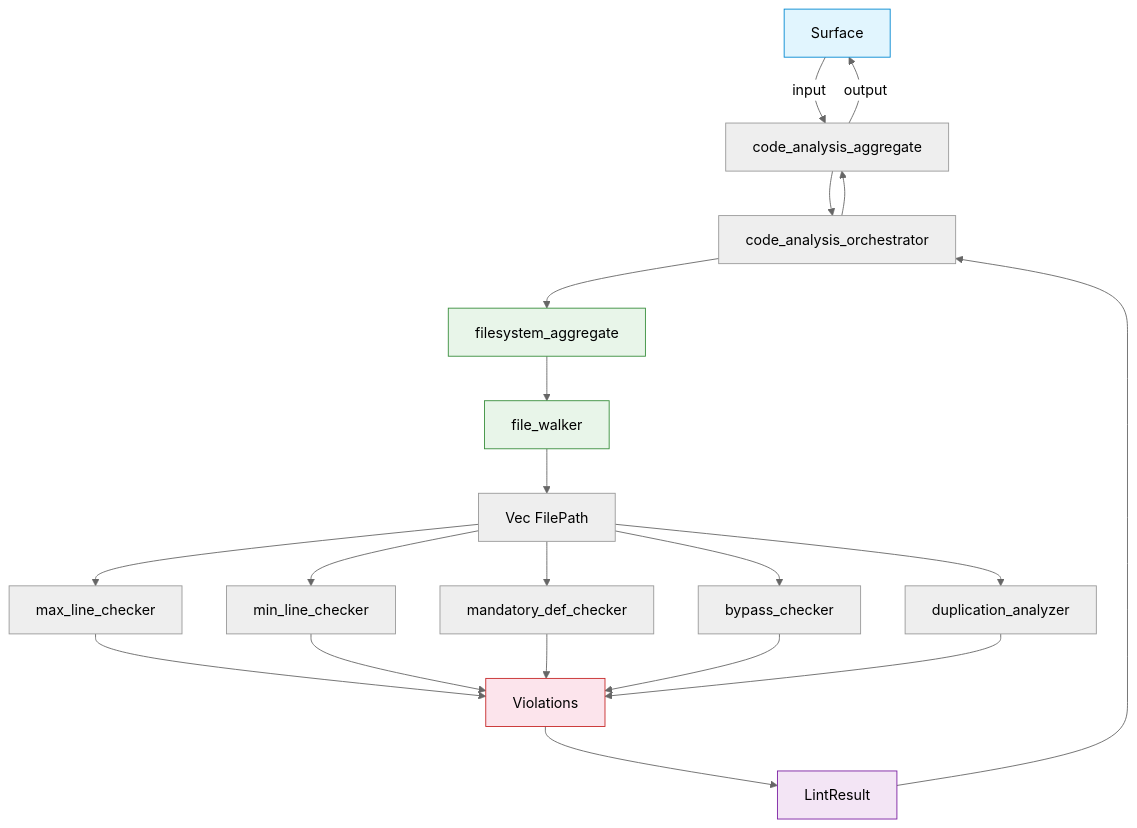
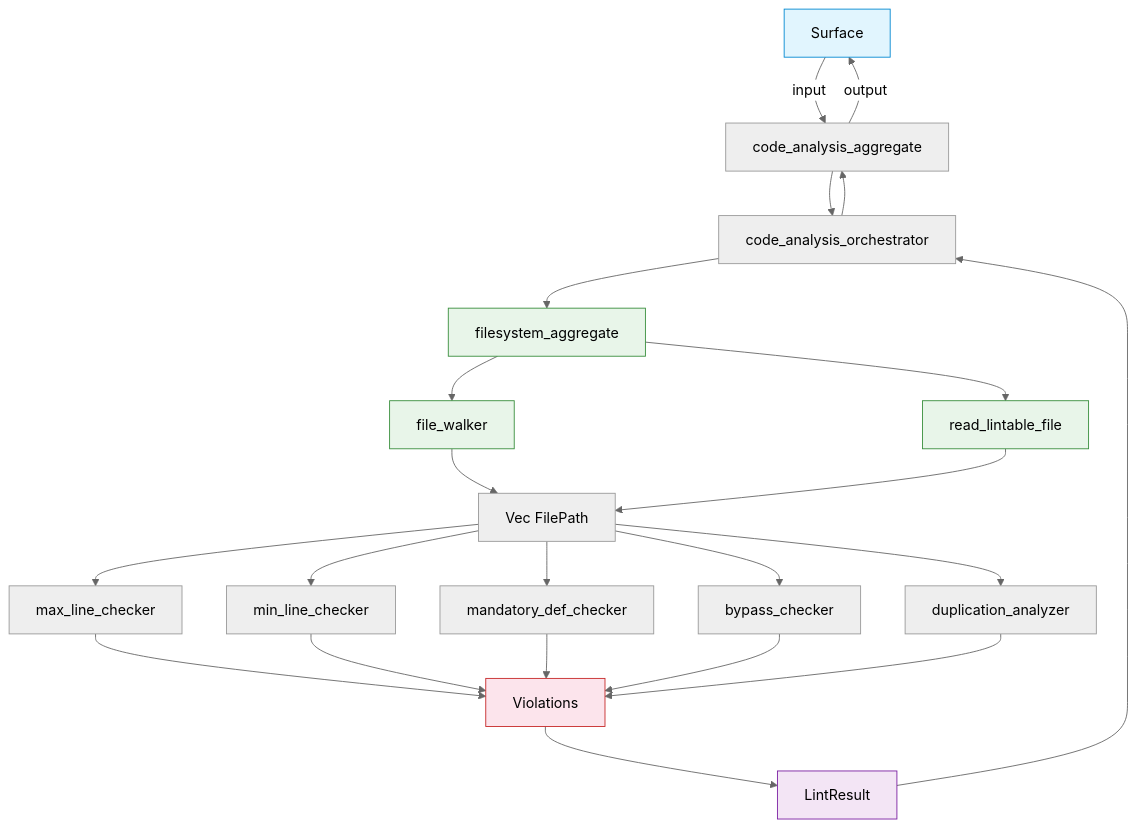
Before and after one commit to rakaarwaky/lint-arwaky: the diagram in crates/code-analysis/FRD.md, drawn with Mermaid (neutral theme).

Commit message:
fix: code-analysis mermaid shows file_walker + read_lintable_file
Code-analysis needs 2 filesystem functions:
1. file_walker — discover files
2. read_lintable_file — read content with 2MiB limit

````diff
--- a/crates/code-analysis/FRD.md
+++ b/crates/code-analysis/FRD.md
@@ -9,28 +9,31 @@
 ```mermaid
 flowchart TD
     A["Surface"] -->|input| B["code_analysis_aggregate"]
     B --> C["code_analysis_orchestrator"]
     C --> D["filesystem_aggregate"]
-    D --> E["file_walker"]
-    E --> G["Vec FilePath"]
+    D --> E1["file_walker"]
+    D --> E2["read_lintable_file"]
+    E1 --> G["Vec FilePath"]
+    E2 --> G
     G --> H1["max_line_checker"]
     G --> H2["min_line_checker"]
     G --> H3["mandatory_def_checker"]
     G --> H4["bypass_checker"]
     G --> H5["duplication_analyzer"]
     H1 --> I["Violations"]
     H2 --> I
     H3 --> I
     H4 --> I
     H5 --> I
     I --> J["LintResult"]
     J --> C
     C --> B
     B -->|output| A
 
     style A fill:#e1f5fe,stroke:#0288d1
     style D fill:#e8f5e9,stroke:#388e3c
-    style E fill:#e8f5e9,stroke:#388e3c
+    style E1 fill:#e8f5e9,stroke:#388e3c
+    style E2 fill:#e8f5e9,stroke:#388e3c
     style I fill:#fce4ec,stroke:#c62828
     style J fill:#f3e5f5,stroke:#7b1fa2
 ```
````
